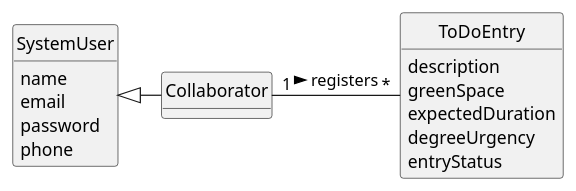
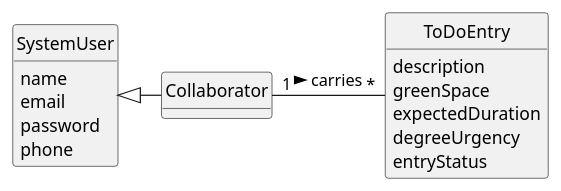
The diagram in docs/sprintC/us029/02.analysis/puml/us008-domain-model.puml (Departamento-de-Engenharia-Informatica/lei-24-s2-1do-g164), drawn with PlantUML before and after one commit. The commit also changed 2 other files, not shown here.

```diff
--- a/docs/sprintC/us029/02.analysis/puml/us008-domain-model.puml
+++ b/docs/sprintC/us029/02.analysis/puml/us008-domain-model.puml
@@ -1,39 +1,39 @@
 @startuml
 skinparam monochrome true
 skinparam packageStyle rectangle
 skinparam shadowing false
 
 
 
 skinparam classAttributeIconSize 0
 
 hide circle
 hide methods
 
 
 class SystemUser {
     name
     email
     password
     phone
 
 }
 class Collaborator {
 
 }
 
 
 class ToDoEntry{
     description
          greenSpace
          expectedDuration
          degreeUrgency
          entryStatus
 }
 
 
 
-Collaborator "1" - "*" ToDoEntry : registers >
+Collaborator "1" - "*" ToDoEntry:   carries  >
 
 SystemUser <|- Collaborator
 @enduml
```
